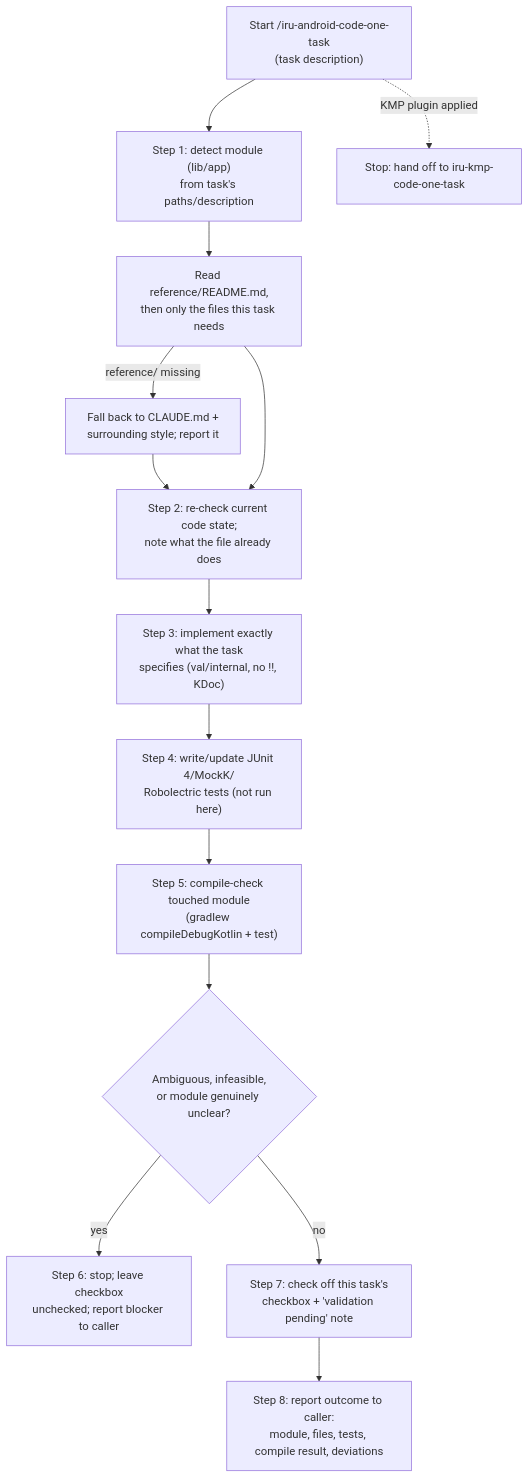
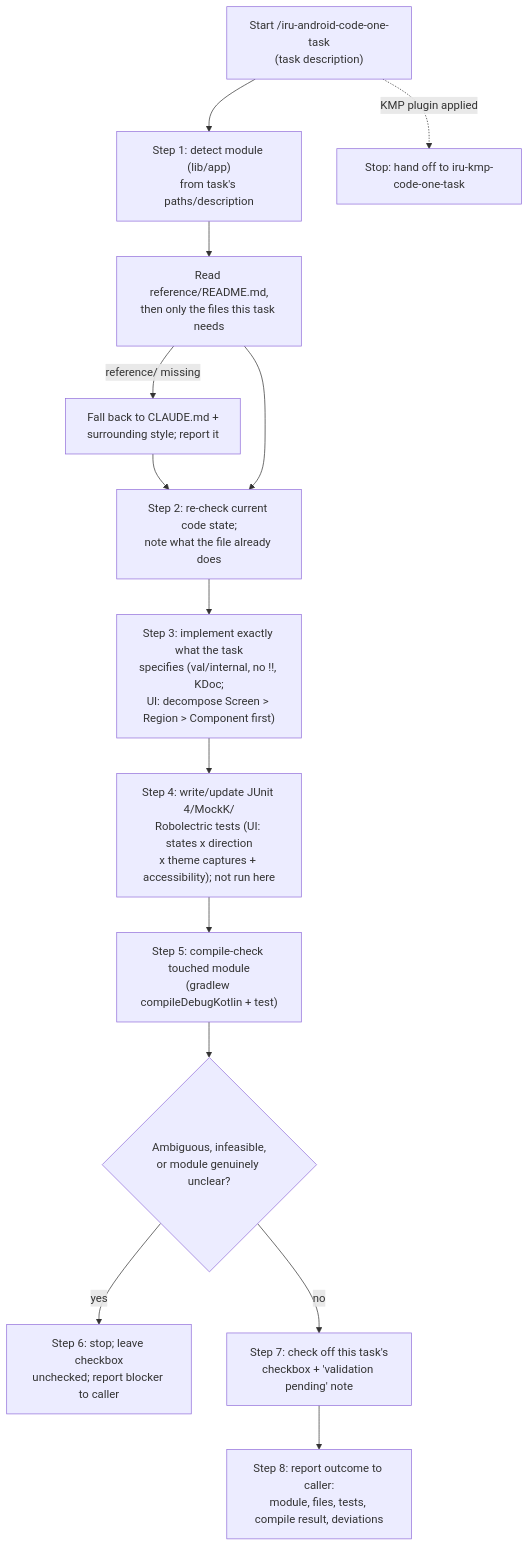
The diagram in docs/modules/ROOT/pages/skills/iru-android-code-one-task.adoc (albertoirurueta/ai-catalog), drawn with Mermaid before and after one commit. The commit also changed other lines of this file and 325 other files, not shown here.

```diff
--- a/docs/modules/ROOT/pages/skills/iru-android-code-one-task.adoc
+++ b/docs/modules/ROOT/pages/skills/iru-android-code-one-task.adoc
@@ -134,17 +149,17 @@
 [mermaid]
 ....
 flowchart TD
     A["Start /iru-android-code-one-task\n(task description)"] --> B["Step 1: detect module (lib/app)\nfrom task's paths/description"]
     A -. "KMP plugin applied" .-> KMP["Stop: hand off to iru-kmp-code-one-task"]
     B --> C["Read reference/README.md,\nthen only the files this task needs"]
     C -- "reference/ missing" --> C2["Fall back to CLAUDE.md +\nsurrounding style; report it"]
     C2 --> D
     C --> D["Step 2: re-check current code state;\nnote what the file already does"]
-    D --> E["Step 3: implement exactly what the task\nspecifies (val/internal, no !!, KDoc)"]
-    E --> F["Step 4: write/update JUnit 4/MockK/\nRobolectric tests (not run here)"]
+    D --> E["Step 3: implement exactly what the task\nspecifies (val/internal, no !!, KDoc;\nUI: decompose Screen > Region > Component first)"]
+    E --> F["Step 4: write/update JUnit 4/MockK/\nRobolectric tests (UI: states x direction\nx theme captures + accessibility); not run here"]
     F --> G["Step 5: compile-check touched module\n(gradlew compileDebugKotlin + test)"]
     G --> H{"Ambiguous, infeasible,\nor module genuinely unclear?"}
     H -- yes --> I["Step 6: stop; leave checkbox\nunchecked; report blocker to caller"]
     H -- no --> J["Step 7: check off this task's\ncheckbox + 'validation pending' note"]
     J --> K["Step 8: report outcome to caller:\nmodule, files, tests, compile result, deviations"]
 ....
```
